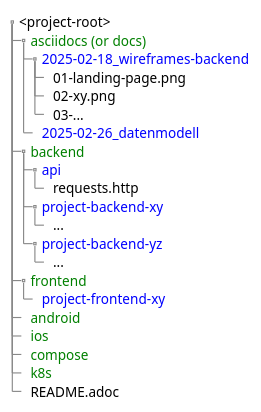
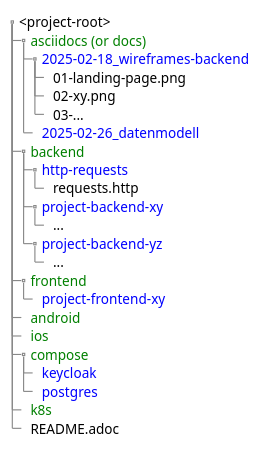
The diagram in asciidocs/docs/index.adoc (htl-leo-projekte/project-checklist), drawn with PlantUML before and after one commit. The commit also changed other lines of this file and 2 other files, not shown here.

```diff
--- a/asciidocs/docs/index.adoc
+++ b/asciidocs/docs/index.adoc
@@ -81,30 +120,32 @@
 [plantuml,projekt-repo-struktur,svg]
 ----
 @startsalt
 {
 {T
  + <project-root>
  ++ <color:green>asciidocs (or docs)
  +++ <color:blue>2025-02-18_wireframes-backend
  ++++ 01-landing-page.png
  ++++ 02-xy.png
  ++++ 03-...
  +++ <color:blue>2025-02-26_datenmodell
  ++ <color:green>backend
- +++ <color:blue>api
+ +++ <color:blue>http-requests
  ++++ requests.http
  +++ <color:blue>project-backend-xy
  ++++ ...
  +++ <color:blue>project-backend-yz
  ++++ ...
  ++ <color:green>frontend
  +++ <color:blue>project-frontend-xy
  ++ <color:green>android
  ++ <color:green>ios
  ++ <color:green>compose
+ +++ <color:blue>keycloak
+ +++ <color:blue>postgres
  ++ <color:green>k8s
  ++ README.adoc
 }
 }
 @endsalt
 ----
```
